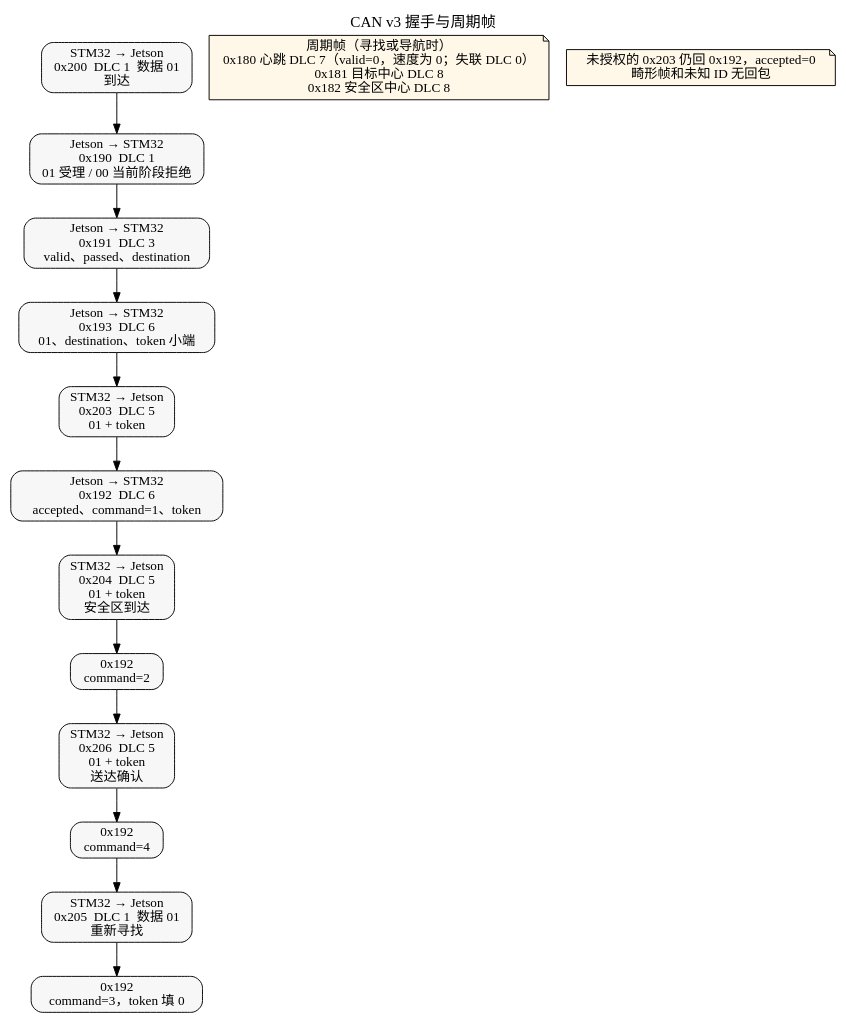
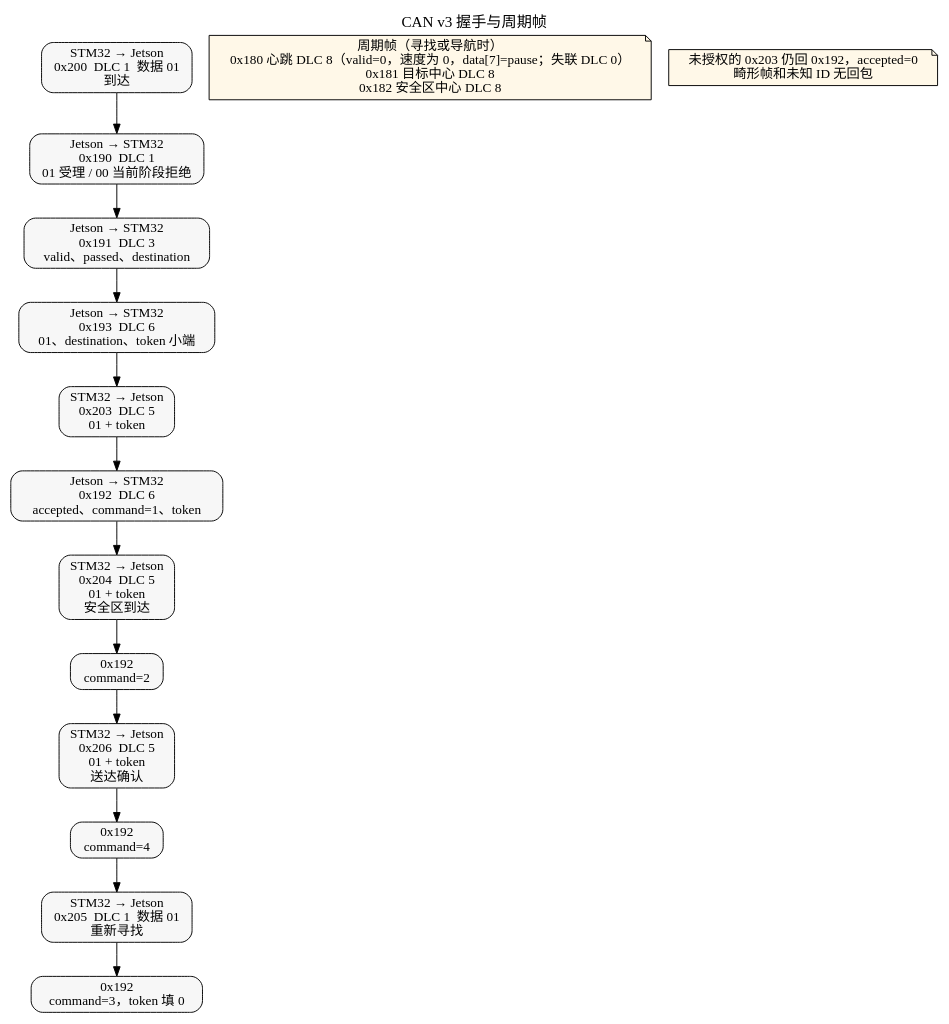
One commit to Lizzz000/gc-rescue-combined changed the diagram in Jetson/docs/flowcharts/can.dot. Above: the diagram before and after it, drawn with Graphviz. The commit also changed 32 other files, not shown here.

First line of the commit message:
6a：0x180 DLC 8 pause、0x208/命令 5 与自动夹爪

```diff
--- a/Jetson/docs/flowcharts/can.dot
+++ b/Jetson/docs/flowcharts/can.dot
@@ -1,28 +1,28 @@
 digraph can {
   graph [
     fontname="Microsoft YaHei",
     rankdir=TB,
     label="CAN v3 握手与周期帧",
     labelloc=t,
     fontsize=16
   ];
   node [fontname="Microsoft YaHei", shape=box, style="rounded,filled", fillcolor="#f7f7f7"];
   edge [fontname="Microsoft YaHei"];
 
   f200 [label="STM32 → Jetson\n0x200  DLC 1  数据 01\n到达"];
   f190 [label="Jetson → STM32\n0x190  DLC 1\n01 受理 / 00 当前阶段拒绝"];
   f191 [label="Jetson → STM32\n0x191  DLC 3\nvalid、passed、destination"];
   f193 [label="Jetson → STM32\n0x193  DLC 6\n01、destination、token 小端"];
   f203 [label="STM32 → Jetson\n0x203  DLC 5\n01 + token"];
   f192a [label="Jetson → STM32\n0x192  DLC 6\naccepted、command=1、token"];
   f204 [label="STM32 → Jetson\n0x204  DLC 5\n01 + token\n安全区到达"];
   f192b [label="0x192\ncommand=2"];
   f206 [label="STM32 → Jetson\n0x206  DLC 5\n01 + token\n送达确认"];
   f192c [label="0x192\ncommand=4"];
   f205 [label="STM32 → Jetson\n0x205  DLC 1  数据 01\n重新寻找"];
   f192d [label="0x192\ncommand=3，token 填 0"];
-  periodic [label="周期帧（寻找或导航时）\n0x180 心跳 DLC 7（valid=0，速度为 0；失联 DLC 0）\n0x181 目标中心 DLC 8\n0x182 安全区中心 DLC 8", shape=note, fillcolor="#fff8e8"];
+  periodic [label="周期帧（寻找或导航时）\n0x180 心跳 DLC 8（valid=0，速度为 0，data[7]=pause；失联 DLC 0）\n0x181 目标中心 DLC 8\n0x182 安全区中心 DLC 8", shape=note, fillcolor="#fff8e8"];
 
   f200 -> f190 -> f191 -> f193 -> f203 -> f192a -> f204 -> f192b -> f206 -> f192c -> f205 -> f192d;
   note [label="未授权的 0x203 仍回 0x192，accepted=0\n畸形帧和未知 ID 无回包", shape=note, fillcolor="#fff8e8"];
 }
```
